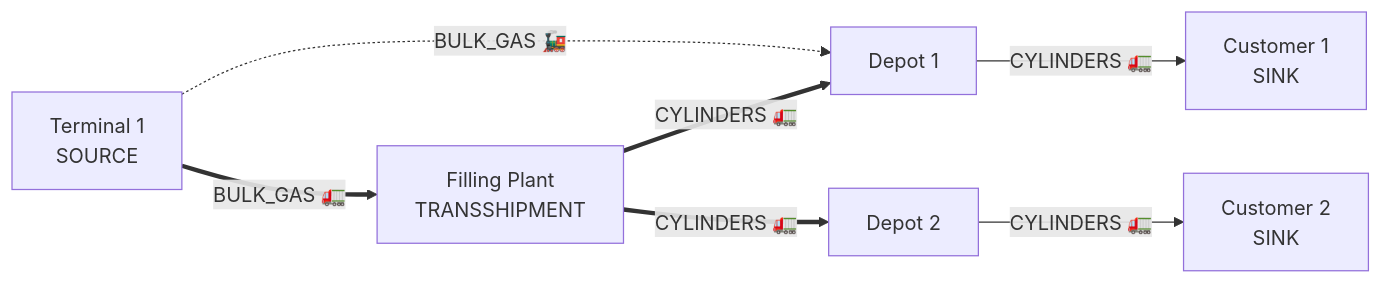
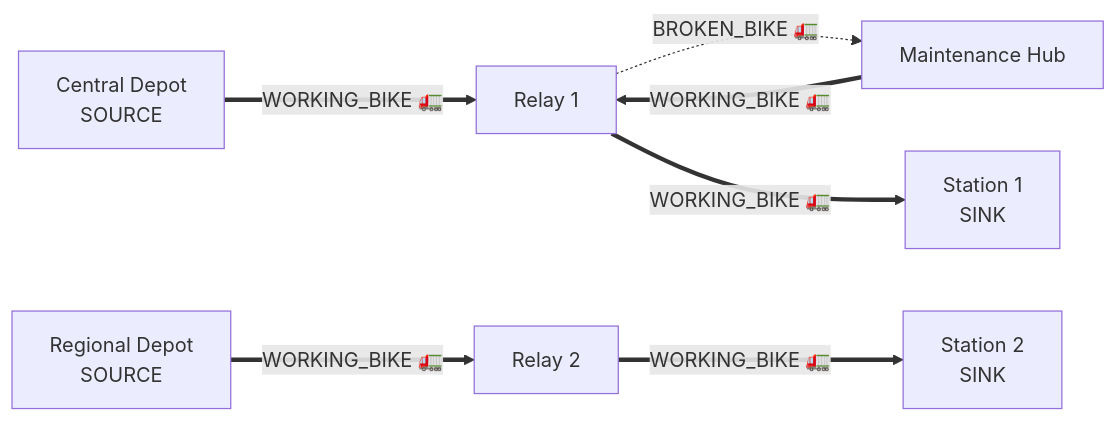
Before and after one commit to vlzm/GFDRR: the third of 3 diagrams in docs/architecture_diagrams.md, drawn with Mermaid. The commit also changed other lines of this file and 8 other files, not shown here.

First line of the commit message:
feat(docs): update architecture and data model documentation for bike-sharing

````diff
--- a/docs/architecture_diagrams.md
+++ b/docs/architecture_diagrams.md
@@ -89,9 +89,9 @@
 ```mermaid
 flowchart LR
-    T1["Terminal 1<br/>SOURCE"] ==>|"BULK_GAS 🚛"| FP["Filling Plant<br/>TRANSSHIPMENT"]
-    T1 -.->|"BULK_GAS 🚂"| D1["Depot 1"]
-    FP ==>|"CYLINDERS 🚛"| D1
-    FP ==>|"CYLINDERS 🚛"| D2["Depot 2"]
-    D1 -->|"CYLINDERS 🚛"| C1["Customer 1<br/>SINK"]
-    D2 -->|"CYLINDERS 🚛"| C2["Customer 2<br/>SINK"]
+    D0["Central Depot<br/>SOURCE"] ==>|"WORKING_BIKE 🚛"| R1["Relay 1"]
+    D1["Regional Depot<br/>SOURCE"] ==>|"WORKING_BIKE 🚛"| R2["Relay 2"]
+    R1 -.->|"BROKEN_BIKE 🚛"| MH["Maintenance Hub"]
+    MH ==>|"WORKING_BIKE 🚛"| R1
+    R1 ==>|"WORKING_BIKE 🚛"| S1["Station 1<br/>SINK"]
+    R2 ==>|"WORKING_BIKE 🚛"| S2["Station 2<br/>SINK"]
 ```
````
